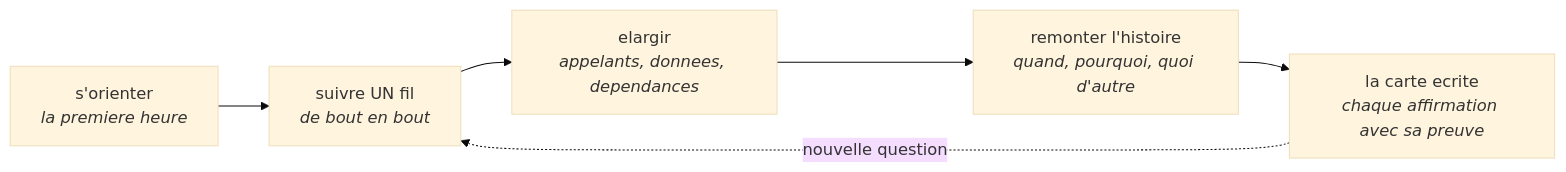
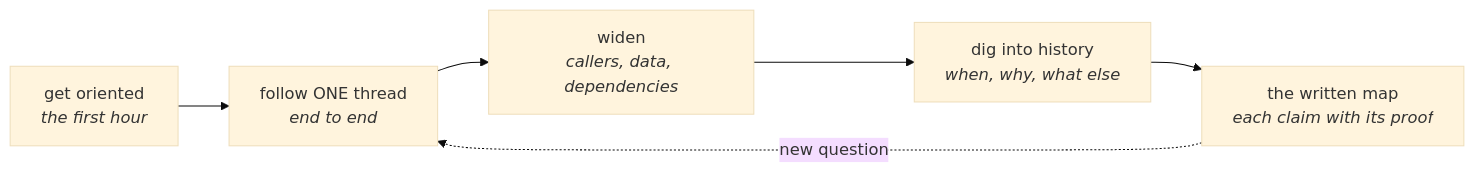
The first of 2 diagrams in skills/explorer-le-code/SKILL.md (MasterLaplace/LplCraftSkills), drawn with Mermaid (base theme) before and after one commit. The commit also changed other lines of this file and 16 other files, not shown here.

First line of the commit message:
docs: Mermaid diagram text moves to English, the prose stays French

````diff
--- a/skills/explorer-le-code/SKILL.md
+++ b/skills/explorer-le-code/SKILL.md
@@ -38,8 +38,8 @@
 ```mermaid
 flowchart LR
-  O["s'orienter<br/><i>la premiere heure</i>"] --> F["suivre UN fil<br/><i>de bout en bout</i>"]
-  F --> E["elargir<br/><i>appelants, donnees, dependances</i>"]
-  E --> H["remonter l'histoire<br/><i>quand, pourquoi, quoi d'autre</i>"]
-  H --> C["la carte ecrite<br/><i>chaque affirmation avec sa preuve</i>"]
-  C -.->|"nouvelle question"| F
+  O["get oriented<br/><i>the first hour</i>"] --> F["follow ONE thread<br/><i>end to end</i>"]
+  F --> E["widen<br/><i>callers, data, dependencies</i>"]
+  E --> H["dig into history<br/><i>when, why, what else</i>"]
+  H --> C["the written map<br/><i>each claim with its proof</i>"]
+  C -.->|"new question"| F
 ```
````
